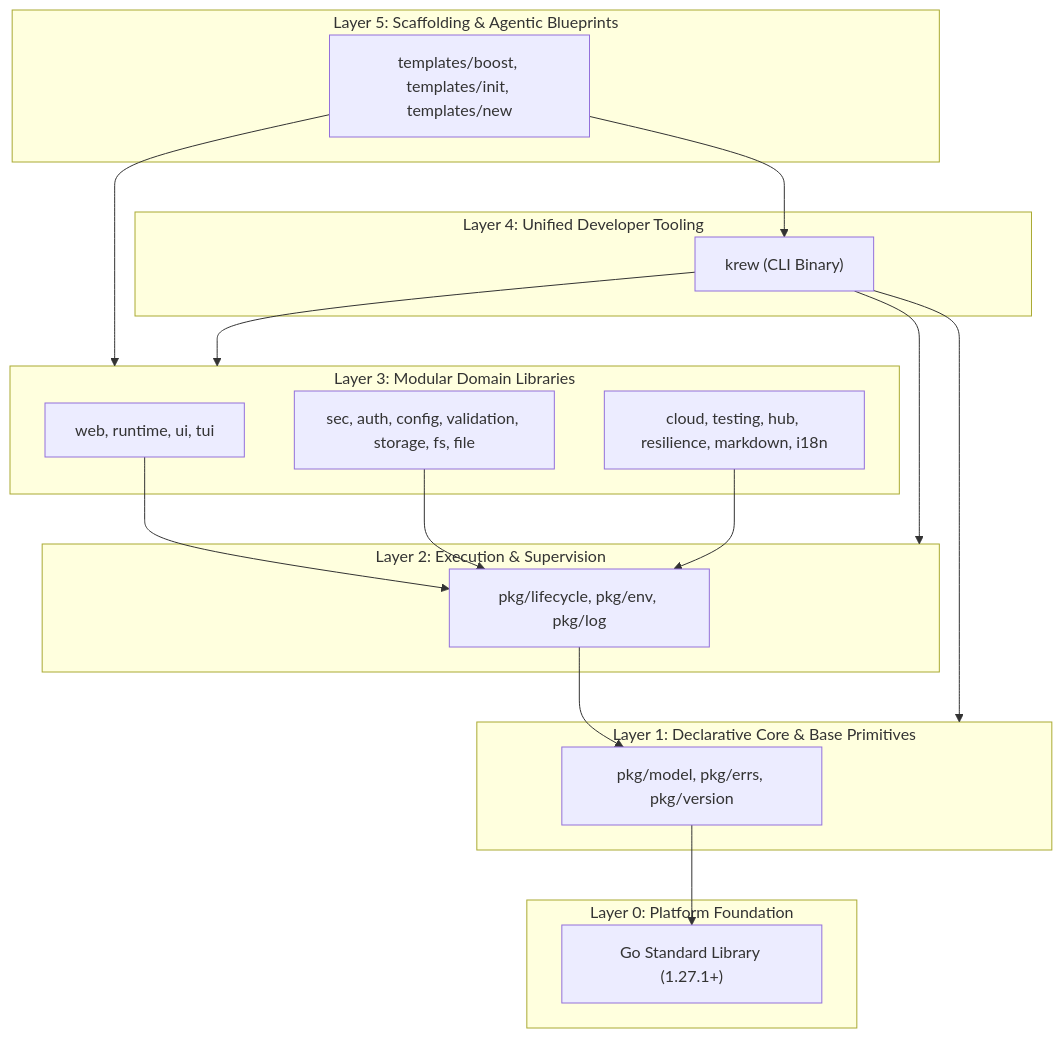
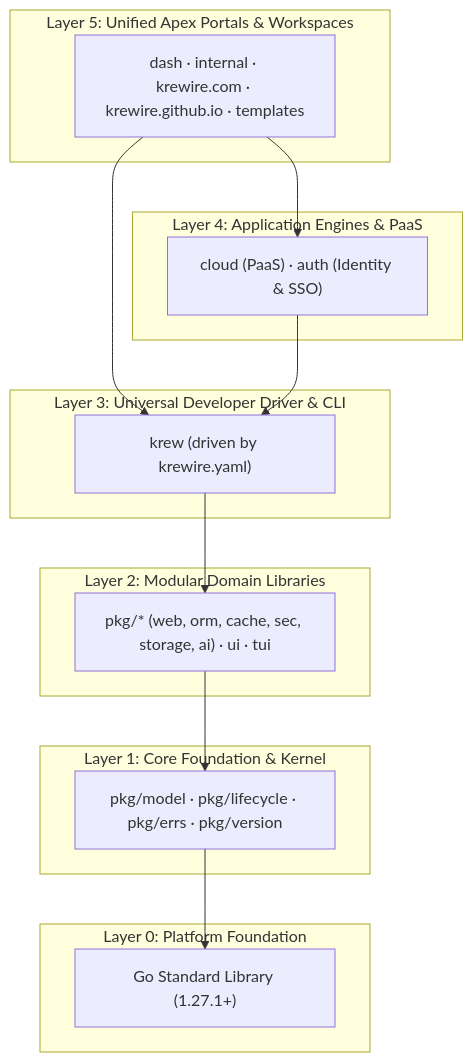
One commit to krewire/krewire changed the diagram in docs/foundation/architecture.md. Above: the diagram before and after it, drawn with Mermaid. The commit also changed other lines of this file and 14 other files, not shown here.

````diff
--- a/docs/foundation/architecture.md
+++ b/docs/foundation/architecture.md
@@ -91,39 +85,33 @@
 ```mermaid
 flowchart TD
-    subgraph L5 ["Layer 5: Scaffolding & Agentic Blueprints"]
-        Templates["templates/boost, templates/init, templates/new"]
+    subgraph L5 ["Layer 5: Unified Apex Portals & Workspaces"]
+        Portals["dash · internal · krewire.com · krewire.github.io · templates"]
     end
 
-    subgraph L4 ["Layer 4: Unified Developer Tooling"]
-        KiwCLI["krew (CLI Binary)"]
+    subgraph L4 ["Layer 4: Application Engines & PaaS"]
+        Engines["cloud (PaaS) · auth (Identity & SSO)"]
     end
 
-    subgraph L3 ["Layer 3: Modular Domain Libraries"]
-        WebRuntime["web, runtime, ui, tui"]
-        SecuritySys["sec, auth, config, validation, storage, fs, file"]
-        PlatformUtil["cloud, testing, hub, resilience, markdown, i18n"]
+    subgraph L3 ["Layer 3: Universal Developer Driver & CLI"]
+        Driver["krew (driven by krewire.yaml)"]
     end
 
-    subgraph L2 ["Layer 2: Execution & Supervision"]
-        KernLifecycle["pkg/lifecycle, pkg/env, pkg/log"]
+    subgraph L2 ["Layer 2: Modular Domain Libraries"]
+        DomainLibs["pkg/* (web, orm, cache, sec, storage, ai) · ui · tui"]
     end
 
-    subgraph L1 ["Layer 1: Declarative Core & Base Primitives"]
-        KernModel["pkg/model, pkg/errs, pkg/version"]
+    subgraph L1 ["Layer 1: Core Foundation & Kernel"]
+        KernModel["pkg/model · pkg/lifecycle · pkg/errs · pkg/version"]
     end
 
     subgraph L0 ["Layer 0: Platform Foundation"]
         StdLib["Go Standard Library (1.27.1+)"]
     end
 
-    Templates --> KiwCLI
-    Templates --> L3
-    KiwCLI --> L3
-    KiwCLI --> L2
-    KiwCLI --> L1
-    WebRuntime --> KernLifecycle
-    SecuritySys --> KernLifecycle
-    PlatformUtil --> KernLifecycle
-    KernLifecycle --> KernModel
+    Portals --> Engines
+    Portals --> Driver
+    Engines --> Driver
+    Driver --> DomainLibs
+    DomainLibs --> KernModel
     KernModel --> StdLib
 ```
````
